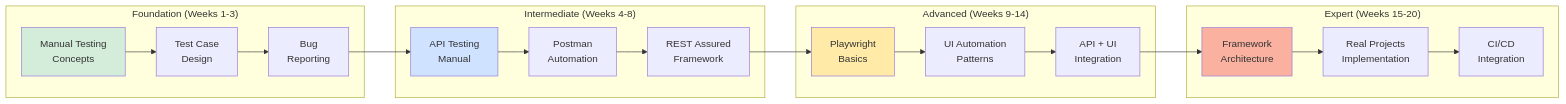
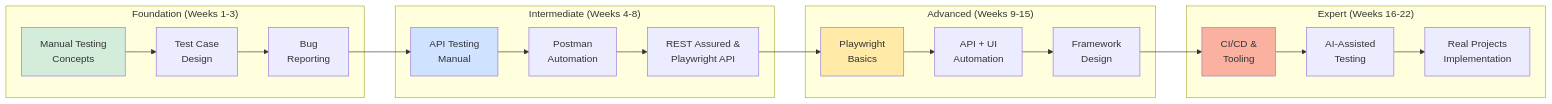
One commit to ghanendra-sdet/qa-to-sdet-roadmap changed the second of 4 diagrams in 00-introduction/README.md. Above: the diagram before and after it, drawn with Mermaid. The commit also changed other lines of this file and 23 other files, not shown here.

````diff
--- a/00-introduction/README.md
+++ b/00-introduction/README.md
@@ -126,31 +127,31 @@
 ```mermaid
 graph LR
     subgraph "Foundation (Weeks 1-3)"
         A1[Manual Testing<br/>Concepts] --> A2[Test Case<br/>Design]
         A2 --> A3[Bug<br/>Reporting]
     end
-    
+
     subgraph "Intermediate (Weeks 4-8)"
         B1[API Testing<br/>Manual] --> B2[Postman<br/>Automation]
-        B2 --> B3[REST Assured<br/>Framework]
+        B2 --> B3[REST Assured &<br/>Playwright API]
     end
-    
-    subgraph "Advanced (Weeks 9-14)"
-        C1[Playwright<br/>Basics] --> C2[UI Automation<br/>Patterns]
-        C2 --> C3[API + UI<br/>Integration]
+
+    subgraph "Advanced (Weeks 9-15)"
+        C1[Playwright<br/>Basics] --> C2[API + UI<br/>Automation]
+        C2 --> C3[Framework<br/>Design]
     end
-    
-    subgraph "Expert (Weeks 15-20)"
-        D1[Framework<br/>Architecture] --> D2[Real Projects<br/>Implementation]
-        D2 --> D3[CI/CD<br/>Integration]
+
+    subgraph "Expert (Weeks 16-22)"
+        D1[CI/CD &<br/>Tooling] --> D2[AI-Assisted<br/>Testing]
+        D2 --> D3[Real Projects<br/>Implementation]
     end
-    
+
     A3 --> B1
     B3 --> C1
     C3 --> D1
-    
+
     style A1 fill:#d4edda
     style B1 fill:#cfe2ff
     style C1 fill:#ffeaa7
     style D1 fill:#fab1a0
 ```
````
